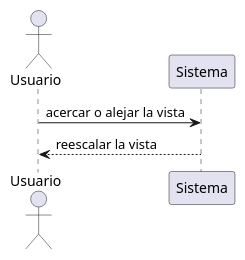
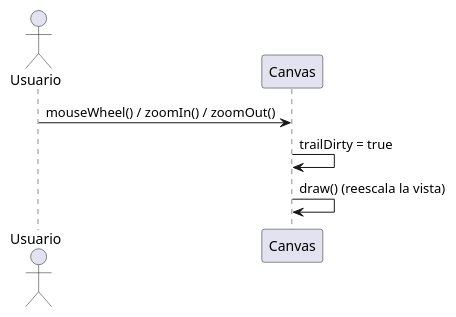
The ninth of 15 diagrams in claude/memoria-cap4-analisis.md (IgnacioMol/Epicycloid_generator), drawn with PlantUML before and after one commit. The commit also changed other lines of this file and 1 other file, not shown here.

````diff
--- a/claude/memoria-cap4-analisis.md
+++ b/claude/memoria-cap4-analisis.md
@@ -555,9 +710,10 @@
 ```plantuml
 @startuml SecZoom
 actor Usuario
-participant "Sistema" as S
+participant "Canvas" as CV
 
-Usuario -> S : acercar o alejar la vista
-S --> Usuario : reescalar la vista
+Usuario -> CV : mouseWheel() / zoomIn() / zoomOut()
+CV -> CV : trailDirty = true
+CV -> CV : draw() (reescala la vista)
 @enduml
 ```
````
